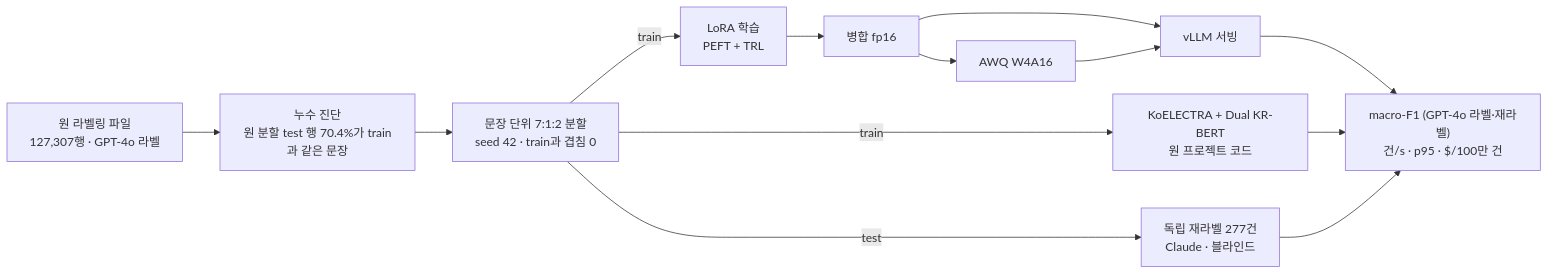
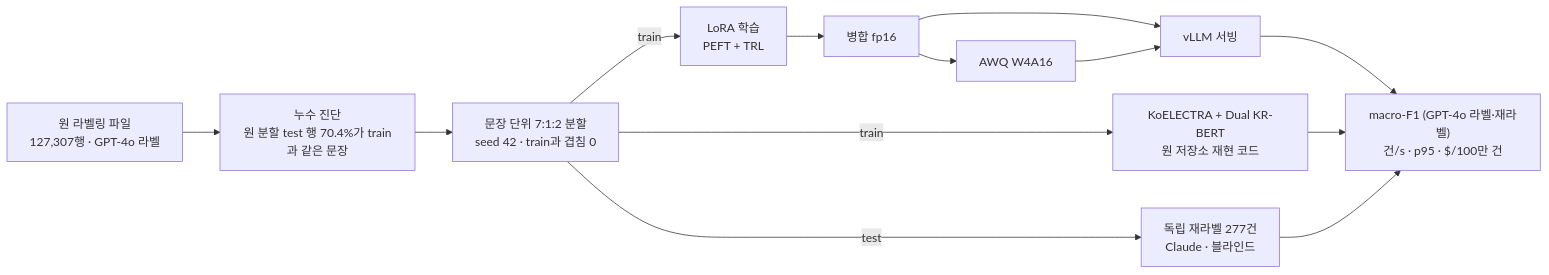
One commit to parksungyun0411/jeju-emotion-lora changed the diagram in README.md. Above: the diagram before and after it, drawn with Mermaid. The commit also changed other lines of this file and 4 other files, not shown here.

First line of the commit message:
'원 코드'를 원 저장소의 재현 코드(jeju_kr_bert.py)로 정의하고 원 프로젝트 코드처럼 읽히는 표현을 고침

````diff
--- a/README.md
+++ b/README.md
@@ -74,14 +76,14 @@
 ```mermaid
 flowchart LR
     D["원 라벨링 파일<br/>127,307행 · GPT-4o 라벨"] --> K["누수 진단<br/>원 분할 test 행 70.4%가 train과 같은 문장"]
     K --> S["문장 단위 7:1:2 분할<br/>seed 42 · train과 겹침 0"]
     S -- train --> L["LoRA 학습<br/>PEFT + TRL"]
-    S -- train --> E["KoELECTRA + Dual KR-BERT<br/>원 프로젝트 코드"]
+    S -- train --> E["KoELECTRA + Dual KR-BERT<br/>원 저장소 재현 코드"]
     S -- test --> H["독립 재라벨 277건<br/>Claude · 블라인드"]
     L --> M["병합 fp16"] --> Q["AWQ W4A16"]
     M --> V["vLLM 서빙"]
     Q --> V
     V --> R["macro-F1 (GPT-4o 라벨·재라벨)<br/>건/s · p95 · $/100만 건"]
     E --> R
     H --> R
 ```
````
